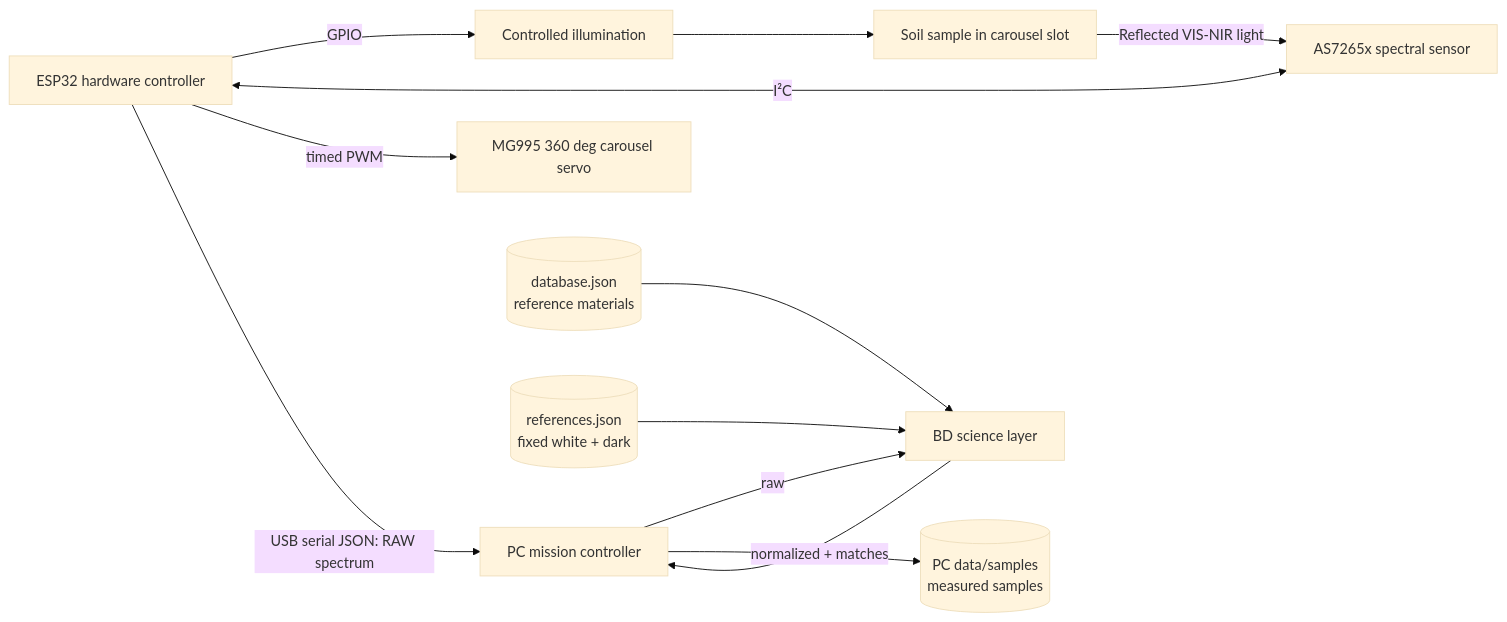
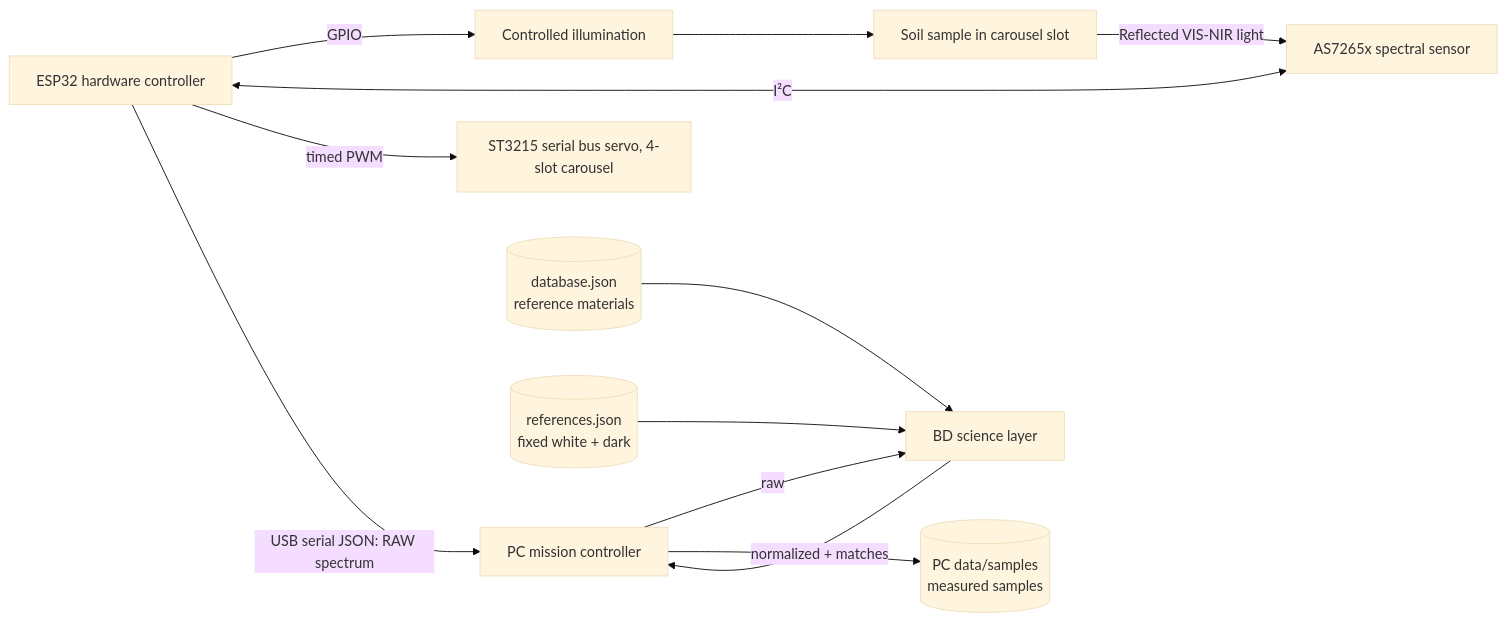
Before and after one commit to BrnoMarsRover/as7265x-soil-analysis-module: the diagram in README.md, drawn with Mermaid (base theme). The commit also changed other lines of this file and 160 other files, not shown here.

````diff
--- a/README.md
+++ b/README.md
@@ -77,25 +77,25 @@
 ```mermaid
 flowchart LR
     SAMPLE[Soil sample in carousel slot]
     LIGHT[Controlled illumination]
     SENSOR[AS7265x spectral sensor]
     ESP[ESP32 hardware controller]
-    SERVO[MG995 360 deg carousel servo]
+    SERVO[ST3215 serial bus servo, 4-slot carousel]
     PC[PC mission controller]
     BD[BD science layer]
     DATABASE[(database.json<br/>reference materials)]
     REFS[(references.json<br/>fixed white + dark)]
     STORE[(PC data/samples<br/>measured samples)]
 
     ESP -->|GPIO| LIGHT
     LIGHT --> SAMPLE
     SAMPLE -->|Reflected VIS-NIR light| SENSOR
     ESP <-->|I²C| SENSOR
     ESP -->|timed PWM| SERVO
     ESP -->|USB serial JSON: RAW spectrum| PC
     PC -->|raw| BD
     DATABASE --> BD
     REFS --> BD
     BD -->|normalized + matches| PC
     PC --> STORE
 ```
````
